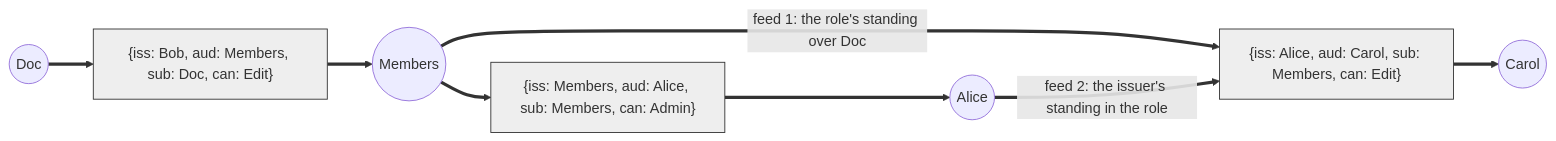
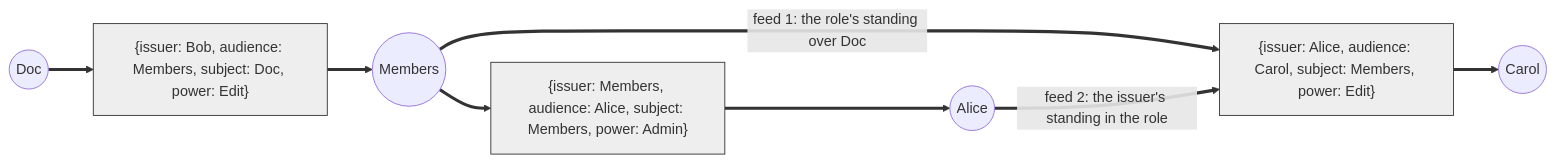
The second of 2 diagrams in design/keyline/README.md (inkandswitch/keyhive), drawn with Mermaid before and after one commit. The commit also changed other lines of this file and 17 other files, not shown here.

````diff
--- a/design/keyline/README.md
+++ b/design/keyline/README.md
@@ -226,19 +226,19 @@
 ```mermaid
 flowchart LR
     classDef cert fill:#eee,stroke:#333
 
     Doc((Doc))
     Members((Members))
     Alice((Alice))
     Carol((Carol))
 
-    supply["{iss: Bob, aud: Members, sub: Doc, can: Edit}"]:::cert
-    roster["{iss: Members, aud: Alice, sub: Members, can: Admin}"]:::cert
-    sponsor["{iss: Alice, aud: Carol, sub: Members, can: Edit}"]:::cert
+    supply["{issuer: Bob, audience: Members, subject: Doc, power: Edit}"]:::cert
+    roster["{issuer: Members, audience: Alice, subject: Members, power: Admin}"]:::cert
+    sponsor["{issuer: Alice, audience: Carol, subject: Members, power: Edit}"]:::cert
 
     Doc ==> supply ==> Members
     Members ==> roster ==> Alice
     Members ==>|"feed 1: the role's standing over Doc"| sponsor
     Alice ==>|"feed 2: the issuer's standing in the role"| sponsor
     sponsor ==> Carol
 ```
````
